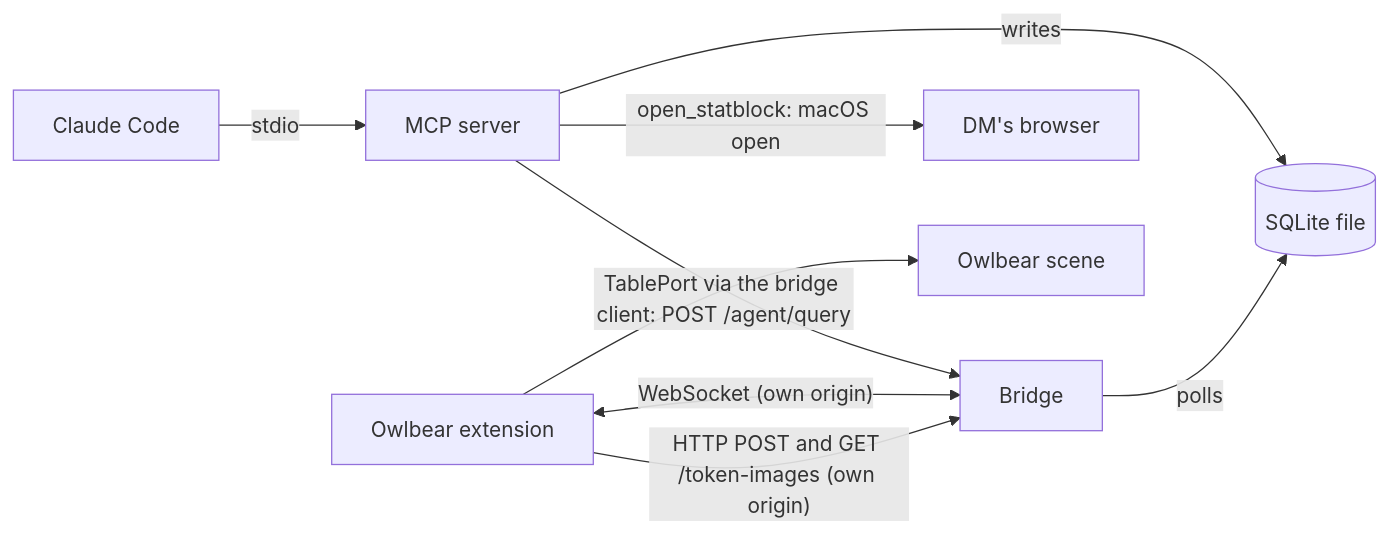
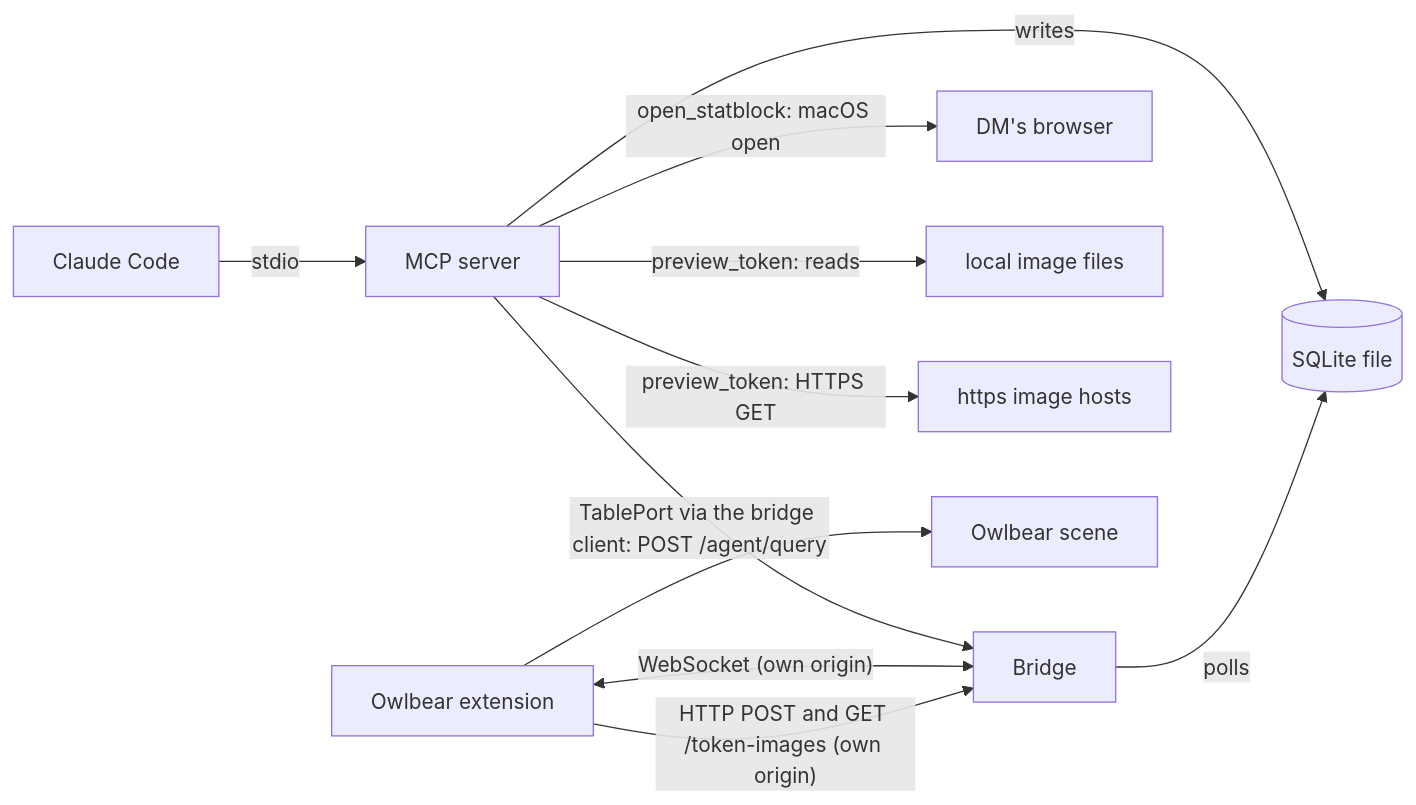
Before and after one commit to askrzypczak/ttrpg-agents: the second of 2 diagrams in docs/architecture.md, drawn with Mermaid. The commit also changed other lines of this file and 6 other files, not shown here.

Commit message:
docs: the imaging package, preview_token and the tokeniser setup row (#380)

````diff
--- a/docs/architecture.md
+++ b/docs/architecture.md
@@ -46,11 +51,13 @@
 ```mermaid
 flowchart LR
   claude["Claude Code"] -->|"stdio"| mcp["MCP server"]
   mcp -->|"writes"| db[("SQLite file")]
   mcp -->|"TablePort via the bridge client: POST /agent/query"| bridge
   mcp -->|"open_statblock: macOS open"| browser["DM's browser"]
+  mcp -->|"preview_token: reads"| imagefiles["local image files"]
+  mcp -->|"preview_token: HTTPS GET"| imagehosts["https image hosts"]
   bridge["Bridge"] -->|"polls"| db
   ext["Owlbear extension"] <-->|"WebSocket (own origin)"| bridge
   ext -->|"HTTP POST and GET /token-images (own origin)"| bridge
   ext --> scene["Owlbear scene"]
 ```
````
